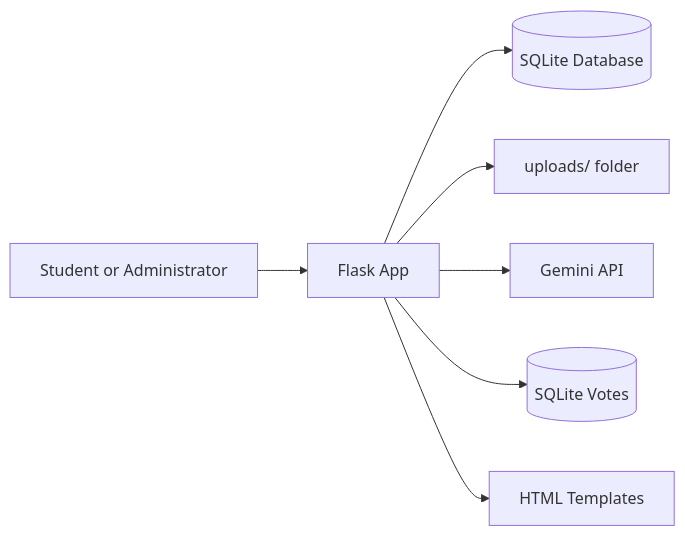
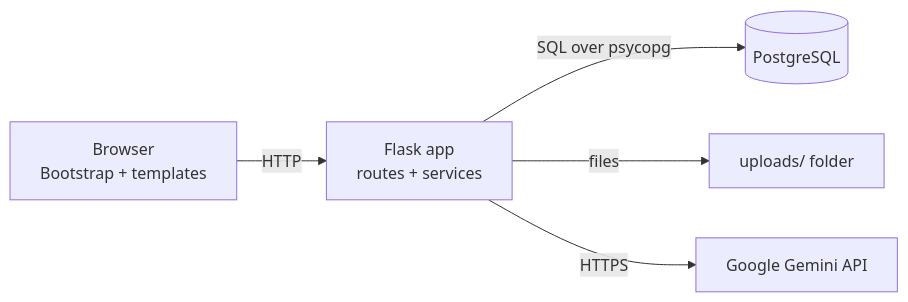
The diagram in HLD.md (vnc-351/SDS), drawn with Mermaid before and after one commit. The commit also changed other lines of this file and 4 other files, not shown here.

````diff
--- a/HLD.md
+++ b/HLD.md
@@ -29,9 +21,7 @@
 ```mermaid
 flowchart LR
-    User[Student or Administrator] --> Web[Flask App]
-    Web --> DB[(SQLite Database)]
-    Web --> Upload[uploads/ folder]
-    Web --> AI[Gemini API]
-    Web --> Votes[(SQLite Votes)]
-    Web --> Templates[HTML Templates]
+    B[Browser<br/>Bootstrap + templates] -->|HTTP| F[Flask app<br/>routes + services]
+    F -->|SQL over psycopg| P[(PostgreSQL)]
+    F -->|files| U[uploads/ folder]
+    F -->|HTTPS| G[Google Gemini API]
 ```
````
